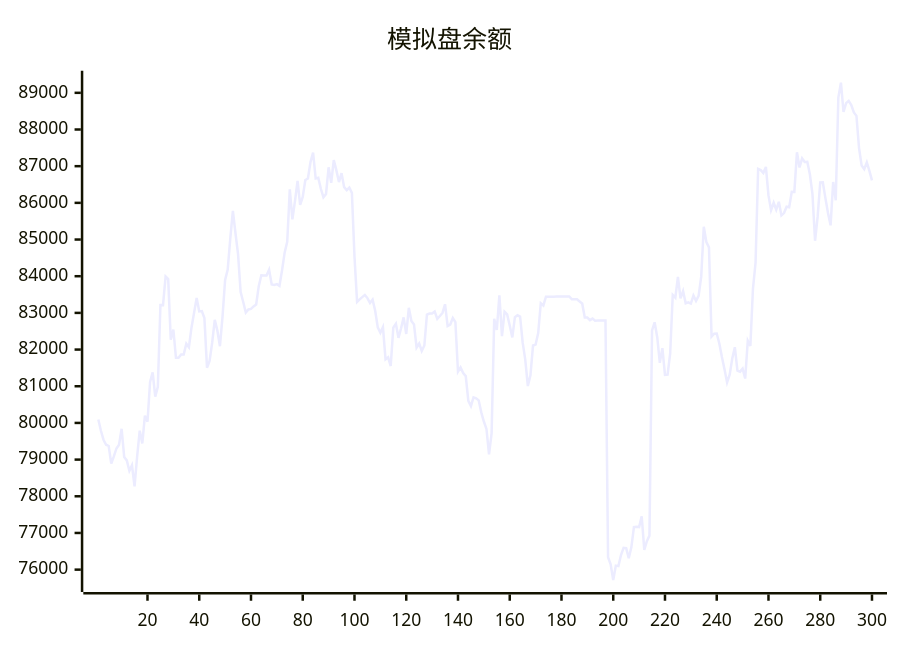
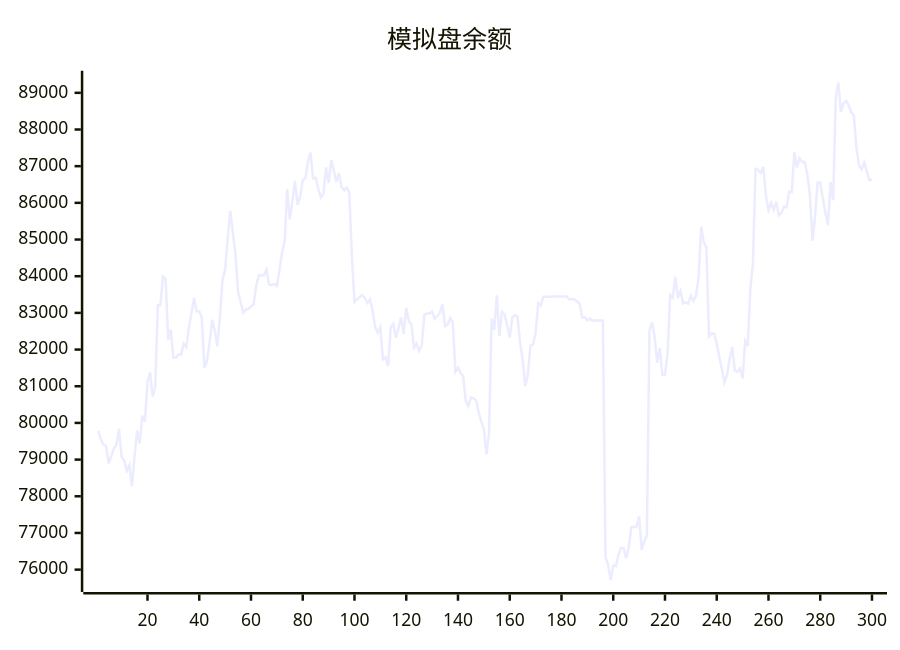
Before and after one commit to aahl/ai-trading: the diagram in README.md, drawn with Mermaid. The commit also changed other lines of this file and 1 other file, not shown here.

````diff
--- a/README.md
+++ b/README.md
@@ -5,5 +5,5 @@
 ```mermaid
 xychart
     title "模拟盘余额"
-    line [80093,79786,79542,79406,79371,78893,79087,79304,79406,79841,79072,78978,78696,78846,78272,79085,79787,79442,80198,80031,81120,81379,80718,80985,83214,83212,83993,83921,82270,82547,81776,81776,81866,81866,82158,82061,82596,83000,83408,83041,83050,82858,81503,81691,82188,82812,82517,82092,82901,83898,84180,85030,85781,85178,84604,83569,83298,83008,83093,83107,83175,83228,83729,84025,84017,84019,84177,83775,83762,83785,83738,84160,84639,84939,86370,85548,86046,86599,85942,86161,86622,86664,87115,87369,86666,86685,86384,86152,86243,86969,86548,87164,86885,86566,86809,86427,86348,86417,86273,84538,83299,83369,83430,83490,83404,83270,83362,83056,82605,82459,82614,81734,81788,81551,82598,82702,82320,82580,82878,82426,83139,82778,82686,82056,82166,81963,82110,82951,82983,82984,83038,82838,82915,82998,83235,82642,82682,82858,82746,81396,81512,81362,81277,80600,80461,80699,80673,80616,80288,80038,79836,79142,79722,82837,82533,83480,82366,83032,82960,82654,82330,82883,82934,82901,82188,81728,81005,81298,82110,82135,82449,83264,83203,83440,83439,83440,83440,83446,83447,83448,83447,83448,83449,83369,83369,83369,83313,83256,82872,82873,82801,82844,82785,82791,82791,82793,82794,76339,76145,75714,76110,76096,76397,76594,76585,76310,76607,77160,77170,77160,77456,76541,76774,76927,82520,82744,82337,81639,82040,81307,81314,81887,83490,83414,83984,83396,83594,83261,83287,83253,83470,83327,83465,83987,85348,84930,84786,82355,82433,82438,82167,81795,81466,81105,81315,81756,82064,81426,81398,81481,81210,82242,82099,83658,84359,86925,86892,86814,86980,86203,85802,86003,85811,86028,85657,85721,85896,85880,86300,86299,87378,86965,87214,87115,87118,86780,86238,84966,85623,86555,86562,86129,85722,85387,86569,86070,88870,89278,88477,88720,88781,88668,88467,88372,87493,87018,86917,87102,86870,86613]
+    line [79786,79542,79406,79371,78893,79087,79304,79406,79841,79072,78978,78696,78846,78272,79085,79787,79442,80198,80031,81120,81379,80718,80985,83214,83212,83993,83921,82270,82547,81776,81776,81866,81866,82158,82061,82596,83000,83408,83041,83050,82858,81503,81691,82188,82812,82517,82092,82901,83898,84180,85030,85781,85178,84604,83569,83298,83008,83093,83107,83175,83228,83729,84025,84017,84019,84177,83775,83762,83785,83738,84160,84639,84939,86370,85548,86046,86599,85942,86161,86622,86664,87115,87369,86666,86685,86384,86152,86243,86969,86548,87164,86885,86566,86809,86427,86348,86417,86273,84538,83299,83369,83430,83490,83404,83270,83362,83056,82605,82459,82614,81734,81788,81551,82598,82702,82320,82580,82878,82426,83139,82778,82686,82056,82166,81963,82110,82951,82983,82984,83038,82838,82915,82998,83235,82642,82682,82858,82746,81396,81512,81362,81277,80600,80461,80699,80673,80616,80288,80038,79836,79142,79722,82837,82533,83480,82366,83032,82960,82654,82330,82883,82934,82901,82188,81728,81005,81298,82110,82135,82449,83264,83203,83440,83439,83440,83440,83446,83447,83448,83447,83448,83449,83369,83369,83369,83313,83256,82872,82873,82801,82844,82785,82791,82791,82793,82794,76339,76145,75714,76110,76096,76397,76594,76585,76310,76607,77160,77170,77160,77456,76541,76774,76927,82520,82744,82337,81639,82040,81307,81314,81887,83490,83414,83984,83396,83594,83261,83287,83253,83470,83327,83465,83987,85348,84930,84786,82355,82433,82438,82167,81795,81466,81105,81315,81756,82064,81426,81398,81481,81210,82242,82099,83658,84359,86925,86892,86814,86980,86203,85802,86003,85811,86028,85657,85721,85896,85880,86300,86299,87378,86965,87214,87115,87118,86780,86238,84966,85623,86555,86562,86129,85722,85387,86569,86070,88870,89278,88477,88720,88781,88668,88467,88372,87493,87018,86917,87102,86870,86613,86644]
 ```
````
